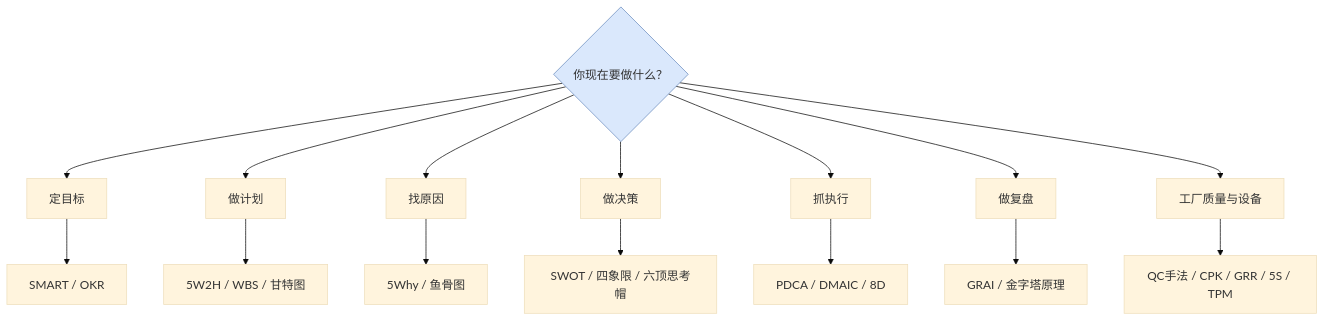
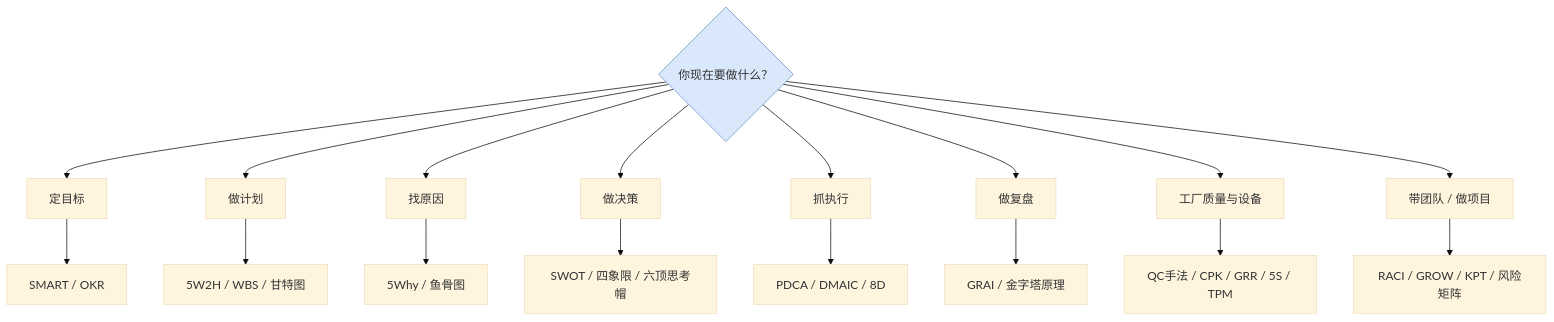
One commit to hoverwr-bit/management-methods changed the first of 52 diagrams in README.md. Above: the diagram before and after it, drawn with Mermaid (base theme). The commit also changed other lines of this file and 5 other files, not shown here.

Commit message:
新增21个工具至60个：产线平衡/看板/VSM/EOQ/三现/4M变更/目视化/AQL/控制计划/SDCA/FIFO/Kano/PEST/安索夫/RACI/GROW/KPT/冲突策略/马斯洛/CPM/风险矩阵，三语同步

````diff
--- a/README.md
+++ b/README.md
@@ -33,12 +39,13 @@
 ```mermaid
 flowchart TB
     Q{"你现在要做什么？"}
     Q --> A["定目标"] --> A1["SMART / OKR"]
     Q --> B["做计划"] --> B1["5W2H / WBS / 甘特图"]
     Q --> C["找原因"] --> C1["5Why / 鱼骨图"]
     Q --> D["做决策"] --> D1["SWOT / 四象限 / 六顶思考帽"]
     Q --> E["抓执行"] --> E1["PDCA / DMAIC / 8D"]
     Q --> F["做复盘"] --> F1["GRAI / 金字塔原理"]
     Q --> G["工厂质量与设备"] --> G1["QC手法 / CPK / GRR / 5S / TPM"]
+    Q --> H["带团队 / 做项目"] --> H1["RACI / GROW / KPT / 风险矩阵"]
     style Q fill:#dae8fc,stroke:#6c8ebf
 ```
````
